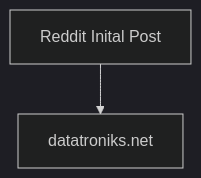
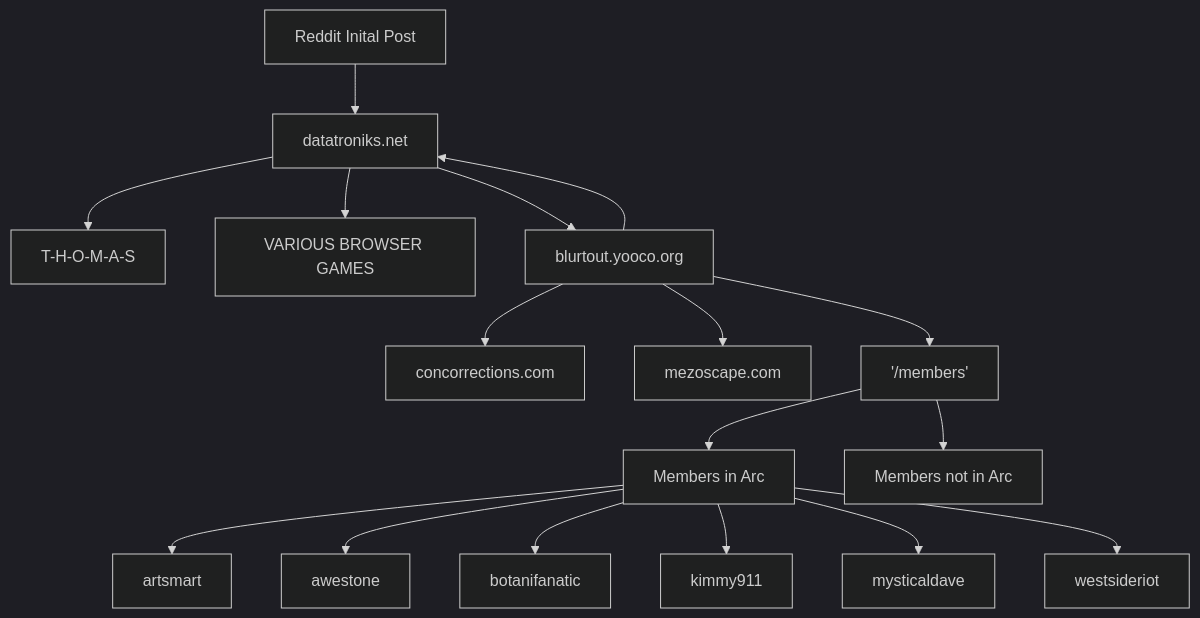
The diagram in overview.md (d-brtn/datatroniks_arg_data), drawn with Mermaid (dark theme) before and after one commit.

Commit message:
migrating data cont.

````diff
--- a/overview.md
+++ b/overview.md
@@ -3,5 +3,28 @@
 ```mermaid
     flowchart TD
     A[Reddit Inital Post<a href=//reddit.com/r/ARG/comments/150eswe/found_this_on_a_lamppost_think_someone_is_trying/> ] --> B[datatroniks.net];
+    B[datatroniks.net] --> C[T-H-O-M-A-S]
+    B[datatroniks.net] --> D[VARIOUS BROWSER GAMES];
+    
+    B[datatroniks.net] --> blurtout[blurtout.yooco.org];
+    
+    blurtout --> F[concorrections.com];
+    blurtout --> B;
+    blurtout --> G[mezoscape.com];
+    blurtout --> members['/members'];
+    
+    
+    members --> membersInArc[Members in Arc];
+    members --> players[Members not in Arc];
+    
+    
+    
+    membersInArc --> artsmart
+    membersInArc --> awestone
+    membersInArc --> botanifanatic
+    membersInArc --> kimmy911
+    membersInArc --> mysticaldave
+    membersInArc --> westsideriot
+
 
 ```
````
